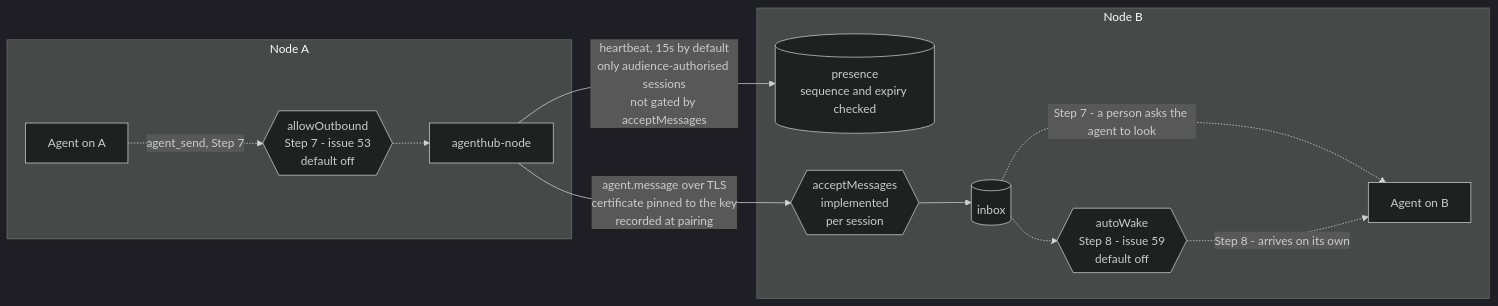
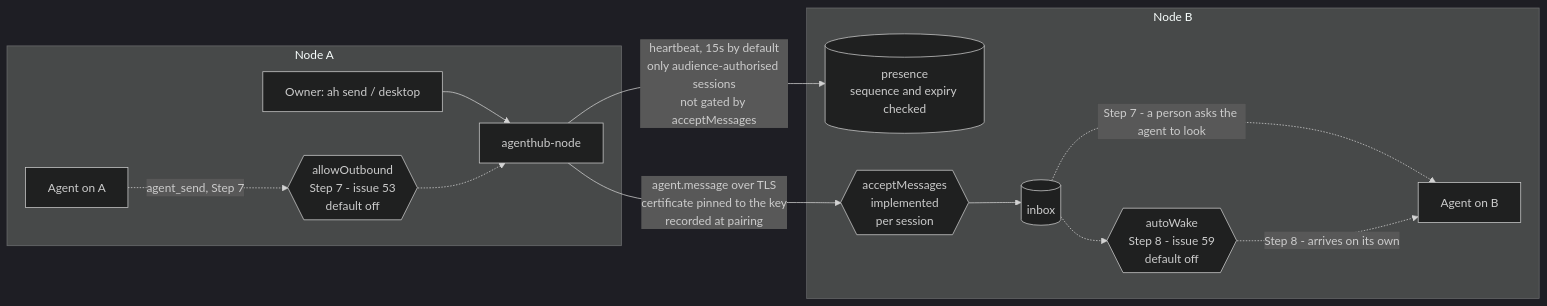
One commit to SheldonChangL/agenthub changed the second of 2 diagrams in docs/architecture.md. Above: the diagram before and after it, drawn with Mermaid (dark theme). The commit also changed 4 other files, not shown here.

````diff
--- a/docs/architecture.md
+++ b/docs/architecture.md
@@ -58,25 +58,27 @@
 ```mermaid
 flowchart LR
     subgraph A["Node A"]
+        OwnerA["Owner: ah send / desktop"]
         AgentA[Agent on A]
         OutA{{"allowOutbound<br/>Step 7 - issue 53<br/>default off"}}
         NodeA[agenthub-node]
     end
 
     subgraph B["Node B"]
         PresB[("presence<br/>sequence and expiry checked")]
         InB{{"acceptMessages<br/>implemented<br/>per session"}}
         InboxB[("inbox")]
         WakeB{{"autoWake<br/>Step 8 - issue 59<br/>default off"}}
         AgentB[Agent on B]
     end
 
     NodeA -- "heartbeat, 15s by default<br/>only audience-authorised sessions<br/>not gated by acceptMessages" --> PresB
+    OwnerA --> NodeA
     AgentA -. "agent_send, Step 7" .-> OutA
     OutA -.-> NodeA
     NodeA -- "agent.message over TLS<br/>certificate pinned to the key<br/>recorded at pairing" --> InB
     InB --> InboxB
     InboxB -. "Step 7 - a person asks the agent to look" .-> AgentB
     InboxB -.-> WakeB
     WakeB -. "Step 8 - arrives on its own" .-> AgentB
 ```
````
